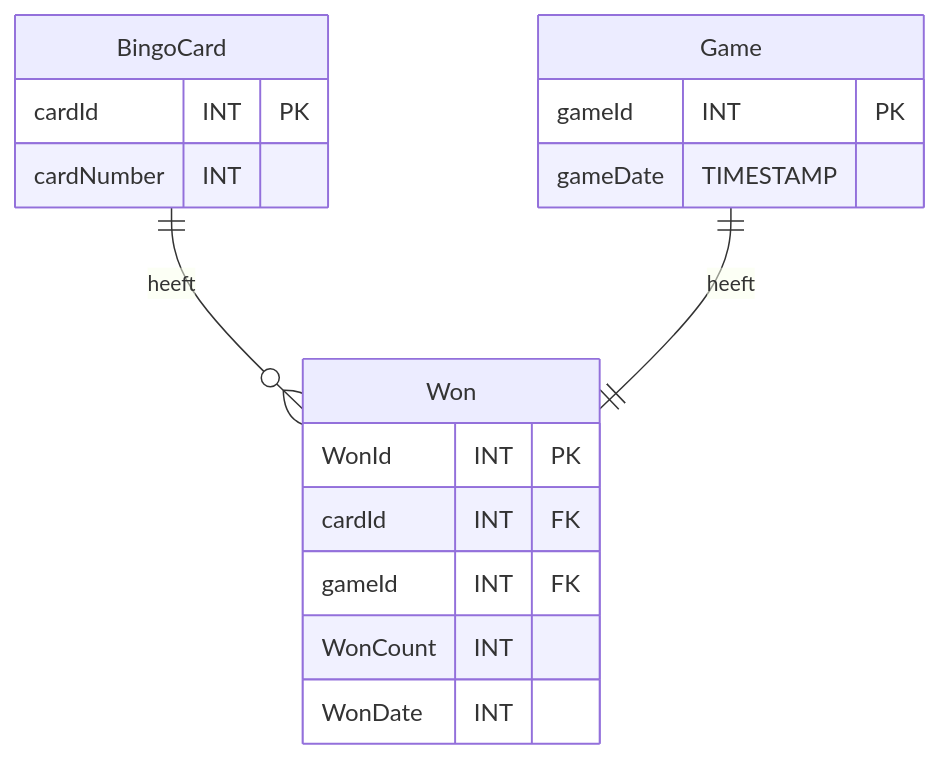
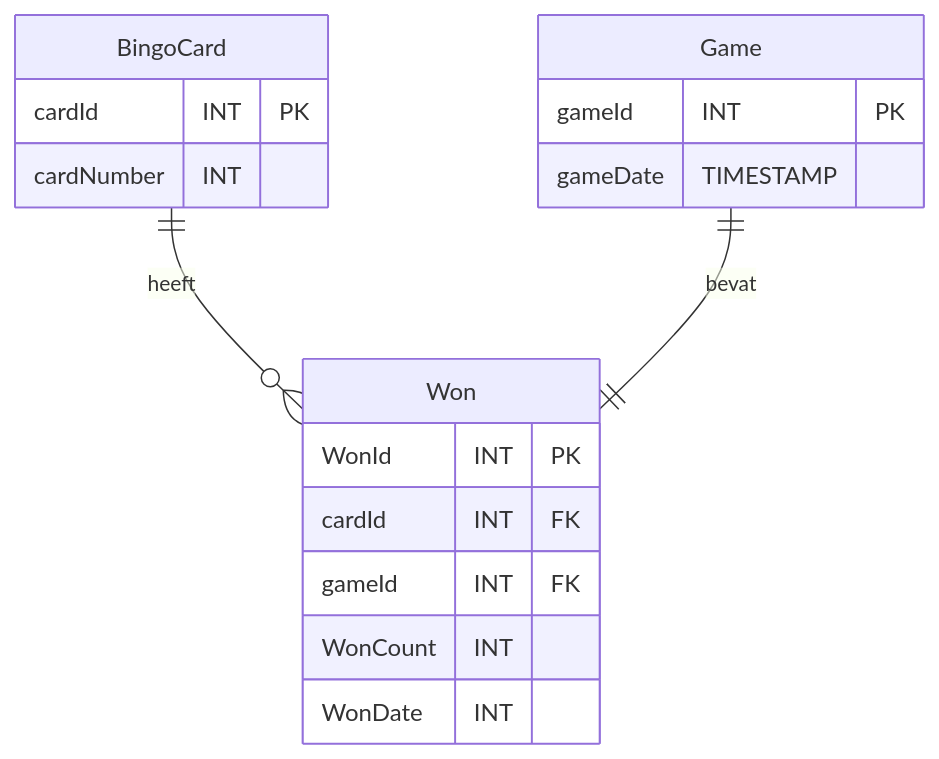
Before and after one commit to almukhabarat/bingo_game_elderly: the second of 2 diagrams in docs/database/database_erd_concept.md, drawn with Mermaid. The commit also changed other lines of this file and 1 other file, not shown here.

````diff
--- a/docs/database/database_erd_concept.md
+++ b/docs/database/database_erd_concept.md
@@ -45,23 +45,23 @@
 ```mermaid
     erDiagram
         BingoCard ||--o{ Won : heeft
-        Game ||--|| Won : heeft
+        Game ||--|| Won : bevat
 
         BingoCard {
             cardId INT PK
             cardNumber INT
         }
 
         Game {
             gameId INT PK
             gameDate TIMESTAMP 
         }
 
         Won {
             WonId INT PK
             cardId INT FK
             gameId INT FK
             WonCount INT
             WonDate INT 
         }
 ```
````
